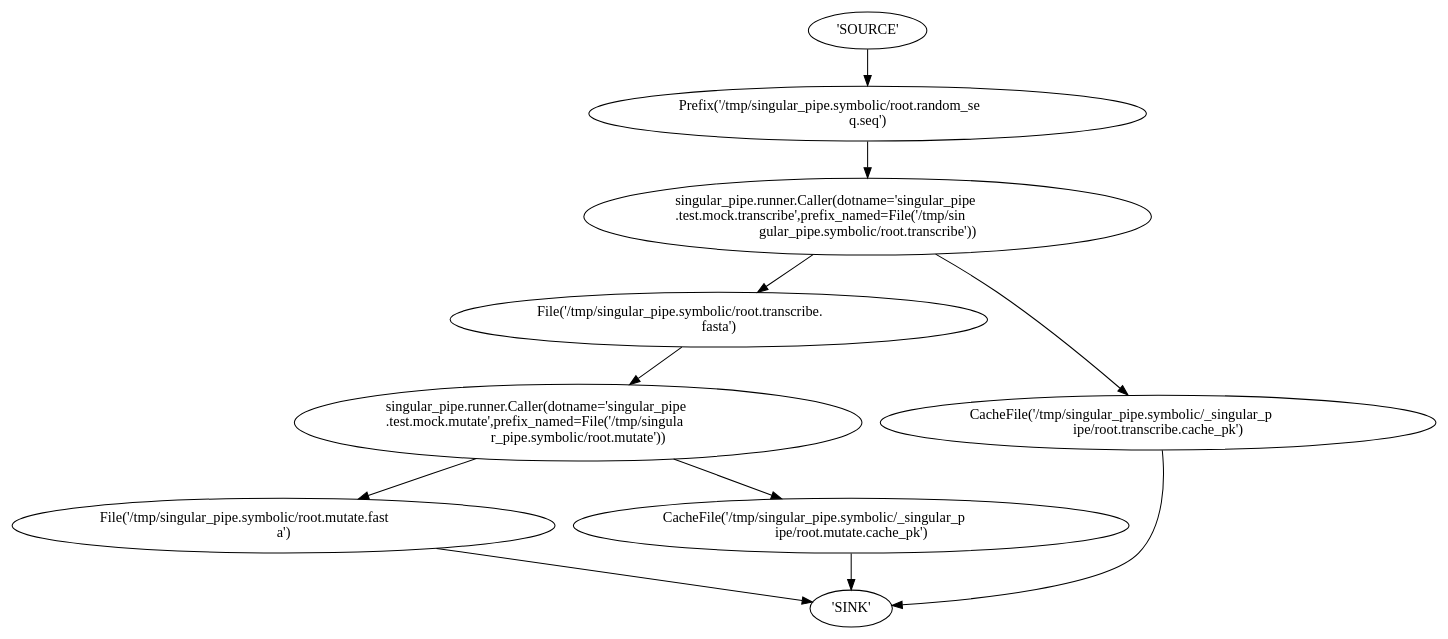
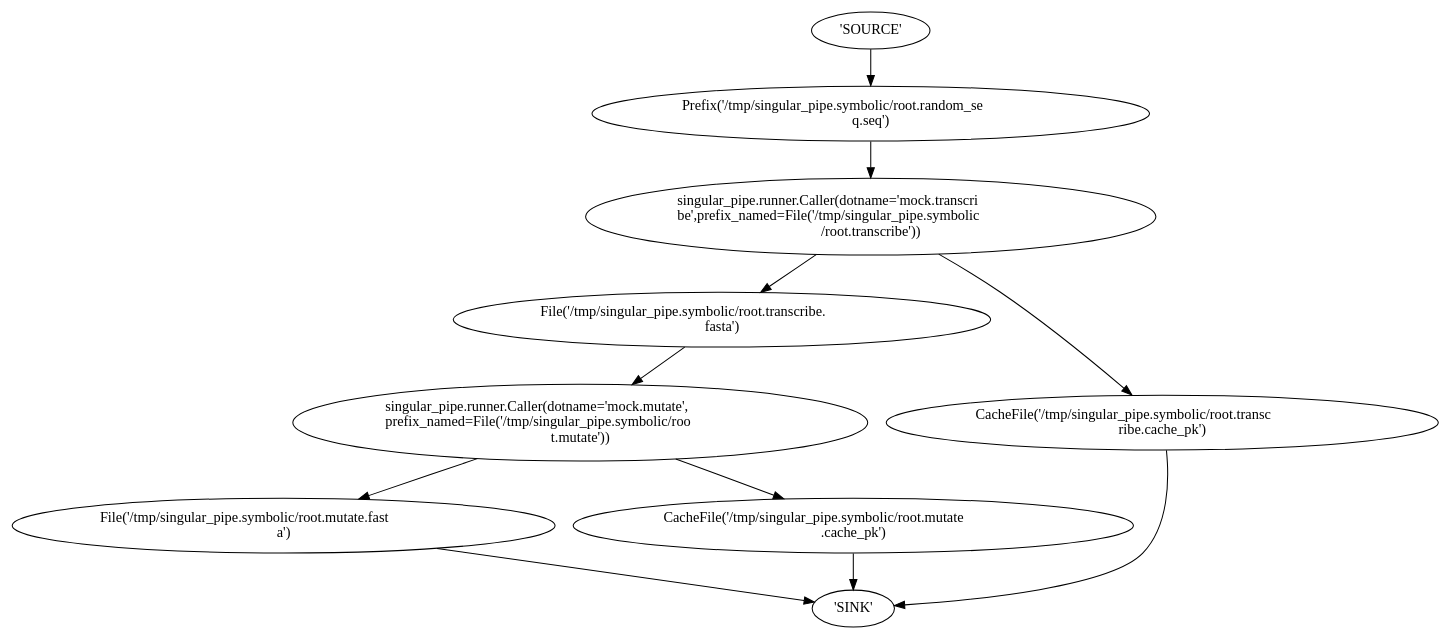
Before and after one commit to shouldsee/python-singular-pipe: the diagram in assets/mock.py.real.dot, drawn with Graphviz. The commit also changed 21 other files, not shown here.

```diff
--- a/assets/mock.py.real.dot
+++ b/assets/mock.py.real.dot
@@ -1,13 +1,13 @@
 strict digraph G {
 	rankdir=TB
 	"File('/tmp/singular_pipe.symbolic/root.mutate.fast\la')" -> "'SINK'"
-	"singular_pipe.runner.Caller(dotname='singular_pipe\l.test.mock.mutate',prefix_named=File('/tmp/singula\lr_pipe.symbolic/root.mutate'))" -> "File('/tmp/singular_pipe.symbolic/root.mutate.fast\la')"
-	"CacheFile('/tmp/singular_pipe.symbolic/_singular_p\lipe/root.mutate.cache_pk')" -> "'SINK'"
-	"singular_pipe.runner.Caller(dotname='singular_pipe\l.test.mock.mutate',prefix_named=File('/tmp/singula\lr_pipe.symbolic/root.mutate'))" -> "CacheFile('/tmp/singular_pipe.symbolic/_singular_p\lipe/root.mutate.cache_pk')"
-	"File('/tmp/singular_pipe.symbolic/root.transcribe.\lfasta')" -> "singular_pipe.runner.Caller(dotname='singular_pipe\l.test.mock.mutate',prefix_named=File('/tmp/singula\lr_pipe.symbolic/root.mutate'))"
-	"singular_pipe.runner.Caller(dotname='singular_pipe\l.test.mock.transcribe',prefix_named=File('/tmp/sin\lgular_pipe.symbolic/root.transcribe'))" -> "File('/tmp/singular_pipe.symbolic/root.transcribe.\lfasta')"
-	"CacheFile('/tmp/singular_pipe.symbolic/_singular_p\lipe/root.transcribe.cache_pk')" -> "'SINK'"
-	"singular_pipe.runner.Caller(dotname='singular_pipe\l.test.mock.transcribe',prefix_named=File('/tmp/sin\lgular_pipe.symbolic/root.transcribe'))" -> "CacheFile('/tmp/singular_pipe.symbolic/_singular_p\lipe/root.transcribe.cache_pk')"
-	"Prefix('/tmp/singular_pipe.symbolic/root.random_se\lq.seq')" -> "singular_pipe.runner.Caller(dotname='singular_pipe\l.test.mock.transcribe',prefix_named=File('/tmp/sin\lgular_pipe.symbolic/root.transcribe'))"
+	"singular_pipe.runner.Caller(dotname='mock.mutate',\lprefix_named=File('/tmp/singular_pipe.symbolic/roo\lt.mutate'))" -> "File('/tmp/singular_pipe.symbolic/root.mutate.fast\la')"
+	"CacheFile('/tmp/singular_pipe.symbolic/root.mutate\l.cache_pk')" -> "'SINK'"
+	"singular_pipe.runner.Caller(dotname='mock.mutate',\lprefix_named=File('/tmp/singular_pipe.symbolic/roo\lt.mutate'))" -> "CacheFile('/tmp/singular_pipe.symbolic/root.mutate\l.cache_pk')"
+	"File('/tmp/singular_pipe.symbolic/root.transcribe.\lfasta')" -> "singular_pipe.runner.Caller(dotname='mock.mutate',\lprefix_named=File('/tmp/singular_pipe.symbolic/roo\lt.mutate'))"
+	"singular_pipe.runner.Caller(dotname='mock.transcri\lbe',prefix_named=File('/tmp/singular_pipe.symbolic\l/root.transcribe'))" -> "File('/tmp/singular_pipe.symbolic/root.transcribe.\lfasta')"
+	"CacheFile('/tmp/singular_pipe.symbolic/root.transc\lribe.cache_pk')" -> "'SINK'"
+	"singular_pipe.runner.Caller(dotname='mock.transcri\lbe',prefix_named=File('/tmp/singular_pipe.symbolic\l/root.transcribe'))" -> "CacheFile('/tmp/singular_pipe.symbolic/root.transc\lribe.cache_pk')"
+	"Prefix('/tmp/singular_pipe.symbolic/root.random_se\lq.seq')" -> "singular_pipe.runner.Caller(dotname='mock.transcri\lbe',prefix_named=File('/tmp/singular_pipe.symbolic\l/root.transcribe'))"
 	"'SOURCE'" -> "Prefix('/tmp/singular_pipe.symbolic/root.random_se\lq.seq')"
 }
```
